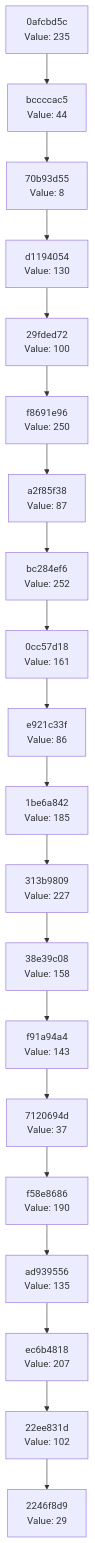
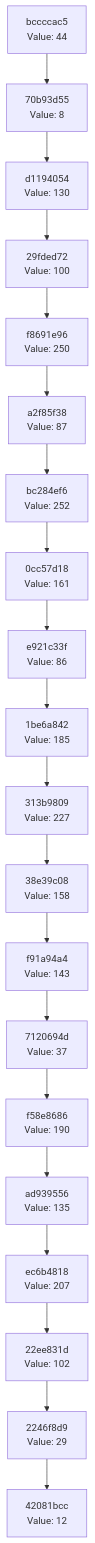
One commit to Abhisheksinha1506/hash-chain-evolver changed the diagram in docs/CHAIN_VISUALIZATION.md. Above: the diagram before and after it, drawn with Mermaid. The commit also changed 3 other files, not shown here.

````diff
--- a/docs/CHAIN_VISUALIZATION.md
+++ b/docs/CHAIN_VISUALIZATION.md
@@ -3,42 +3,42 @@
 ```mermaid
 graph TD
-    C0["2246f8d9<br/>Value: 29"]
-    C1["22ee831d<br/>Value: 102"]
+    C0["42081bcc<br/>Value: 12"]
+    C1["2246f8d9<br/>Value: 29"]
     C1 --> C0
-    C2["ec6b4818<br/>Value: 207"]
+    C2["22ee831d<br/>Value: 102"]
     C2 --> C1
-    C3["ad939556<br/>Value: 135"]
+    C3["ec6b4818<br/>Value: 207"]
     C3 --> C2
-    C4["f58e8686<br/>Value: 190"]
+    C4["ad939556<br/>Value: 135"]
     C4 --> C3
-    C5["7120694d<br/>Value: 37"]
+    C5["f58e8686<br/>Value: 190"]
     C5 --> C4
-    C6["f91a94a4<br/>Value: 143"]
+    C6["7120694d<br/>Value: 37"]
     C6 --> C5
-    C7["38e39c08<br/>Value: 158"]
+    C7["f91a94a4<br/>Value: 143"]
     C7 --> C6
-    C8["313b9809<br/>Value: 227"]
+    C8["38e39c08<br/>Value: 158"]
     C8 --> C7
-    C9["1be6a842<br/>Value: 185"]
+    C9["313b9809<br/>Value: 227"]
     C9 --> C8
-    C10["e921c33f<br/>Value: 86"]
+    C10["1be6a842<br/>Value: 185"]
     C10 --> C9
-    C11["0cc57d18<br/>Value: 161"]
+    C11["e921c33f<br/>Value: 86"]
     C11 --> C10
-    C12["bc284ef6<br/>Value: 252"]
+    C12["0cc57d18<br/>Value: 161"]
     C12 --> C11
-    C13["a2f85f38<br/>Value: 87"]
+    C13["bc284ef6<br/>Value: 252"]
     C13 --> C12
-    C14["f8691e96<br/>Value: 250"]
+    C14["a2f85f38<br/>Value: 87"]
     C14 --> C13
-    C15["29fded72<br/>Value: 100"]
+    C15["f8691e96<br/>Value: 250"]
     C15 --> C14
-    C16["d1194054<br/>Value: 130"]
+    C16["29fded72<br/>Value: 100"]
     C16 --> C15
-    C17["70b93d55<br/>Value: 8"]
+    C17["d1194054<br/>Value: 130"]
     C17 --> C16
-    C18["bccccac5<br/>Value: 44"]
+    C18["70b93d55<br/>Value: 8"]
     C18 --> C17
-    C19["0afcbd5c<br/>Value: 235"]
+    C19["bccccac5<br/>Value: 44"]
     C19 --> C18
 ```
````
